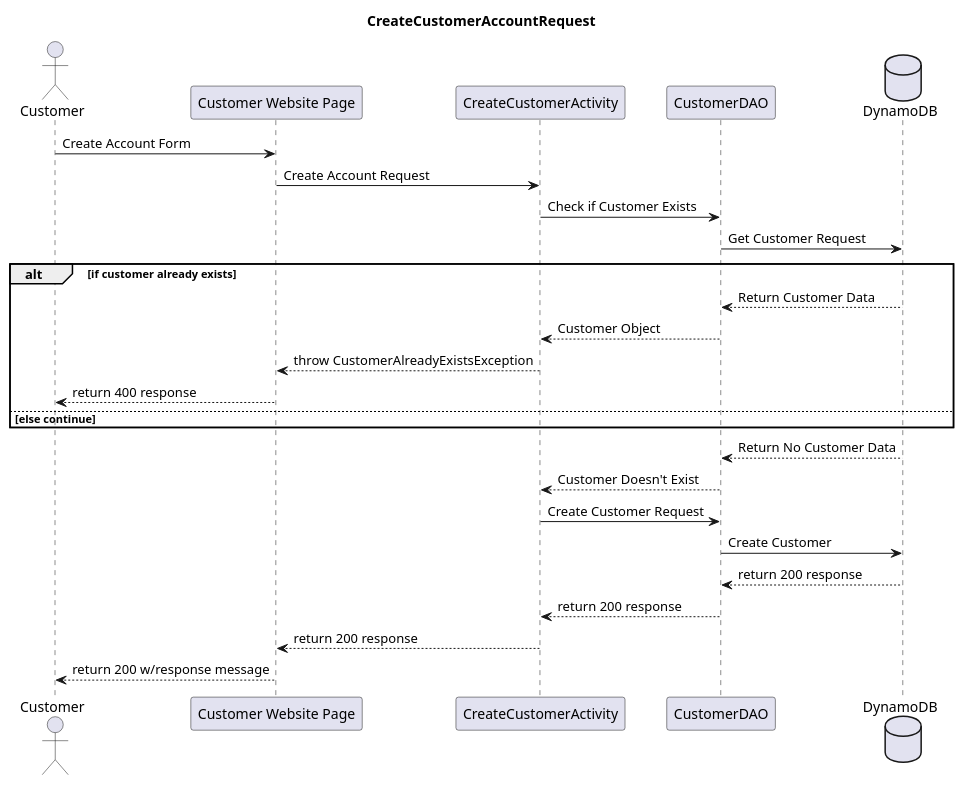
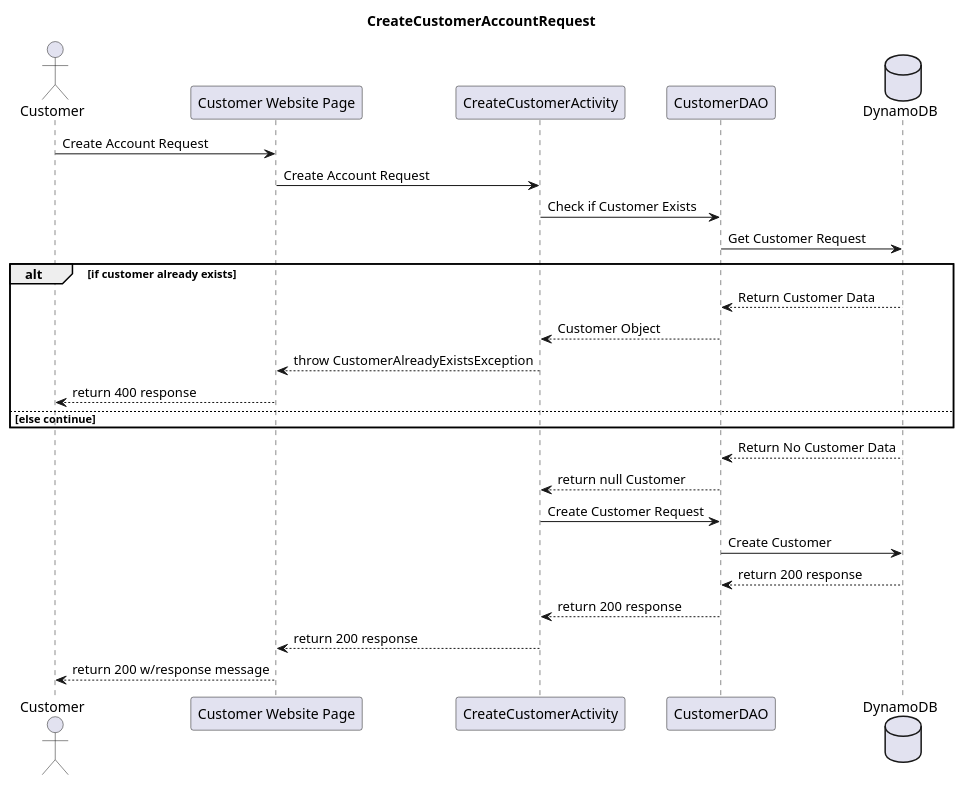
Before and after one commit to sylviamohos/CoolWithCouleBackend: the diagram in project_documents/Design/Sequence Diagrams/CreateCustomerRequest.puml, drawn with PlantUML. The commit also changed 11 other files, not shown here.

Commit message:
Edited and cleaned up sequence diagrams

```diff
--- a/project_documents/Design/Sequence Diagrams/CreateCustomerRequest.puml
+++ b/project_documents/Design/Sequence Diagrams/CreateCustomerRequest.puml
@@ -1,32 +1,32 @@
 @startuml
 'https://plantuml.com/sequence-diagram
 
 actor "Customer" as client
 participant "Customer Website Page" as apiGateway
 participant "CreateCustomerActivity" as createCustomerActivity
 participant "CustomerDAO" as customerDao
 database "DynamoDB" as dynamoDB
 
 title CreateCustomerAccountRequest
 
-client -> apiGateway : Create Account Form
+client -> apiGateway : Create Account Request
 apiGateway -> createCustomerActivity : Create Account Request
 createCustomerActivity -> customerDao : Check if Customer Exists
 customerDao -> dynamoDB : Get Customer Request
 alt if customer already exists
 dynamoDB --> customerDao : Return Customer Data
 customerDao --> createCustomerActivity : Customer Object
 createCustomerActivity --> apiGateway : throw CustomerAlreadyExistsException
 apiGateway --> client : return 400 response
 else else continue
 end
 dynamoDB --> customerDao : Return No Customer Data
-customerDao --> createCustomerActivity : Customer Doesn't Exist
+customerDao --> createCustomerActivity : return null Customer
 createCustomerActivity -> customerDao : Create Customer Request
 customerDao -> dynamoDB : Create Customer
 dynamoDB --> customerDao : return 200 response
 customerDao --> createCustomerActivity : return 200 response
 createCustomerActivity --> apiGateway : return 200 response
 apiGateway --> client : return 200 w/response message
 
 @enduml
```
